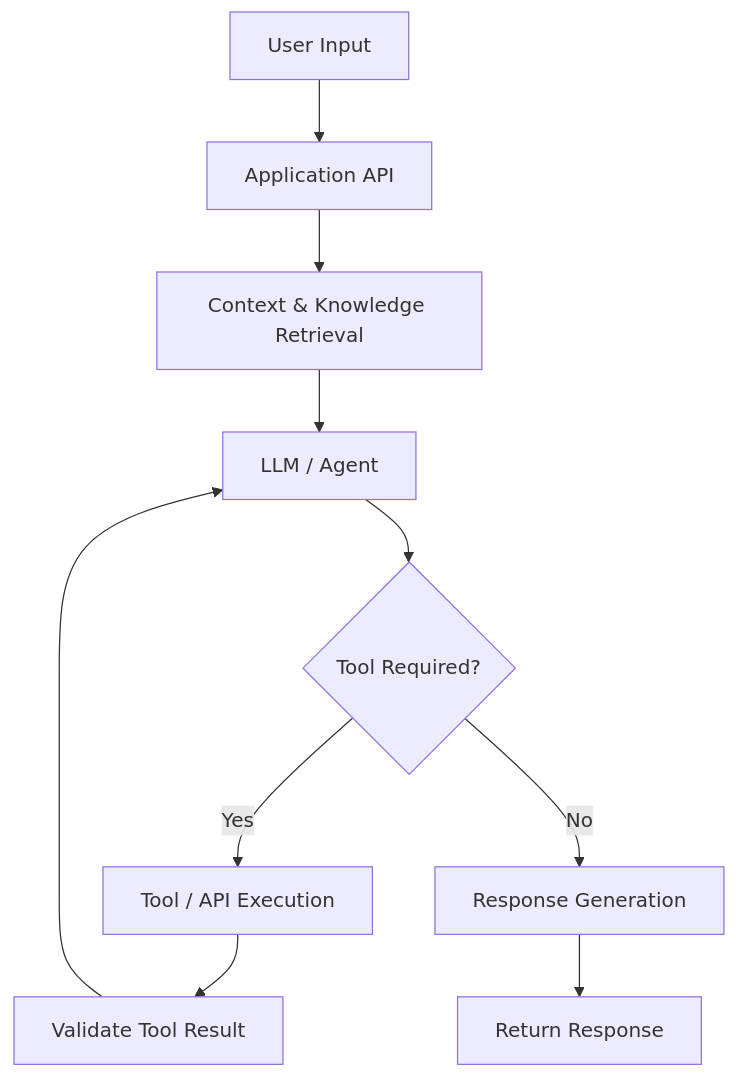
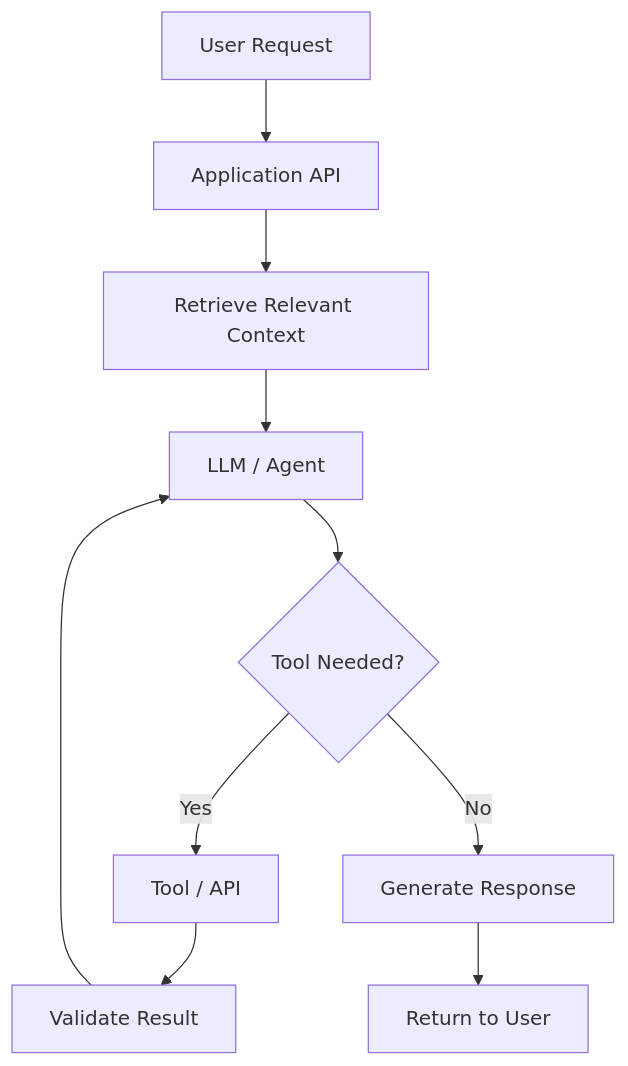
Before and after one commit to Aravindan-001/Aravindan-001: the second of 2 diagrams in README.md, drawn with Mermaid. The commit also changed other lines of this file, not shown here.

````diff
--- a/README.md
+++ b/README.md
@@ -282,12 +299,12 @@
 ```mermaid
 flowchart TD
-    A["User Input"] --> B["Application API"]
-    B --> C["Context & Knowledge Retrieval"]
+    A["User Request"] --> B["Application API"]
+    B --> C["Retrieve Relevant Context"]
     C --> D["LLM / Agent"]
-    D --> E{"Tool Required?"}
-    E -- Yes --> F["Tool / API Execution"]
-    F --> G["Validate Tool Result"]
+    D --> E{"Tool Needed?"}
+    E -- Yes --> F["Tool / API"]
+    F --> G["Validate Result"]
     G --> D
-    E -- No --> H["Response Generation"]
-    H --> I["Return Response"]
+    E -- No --> H["Generate Response"]
+    H --> I["Return to User"]
 ```
````
